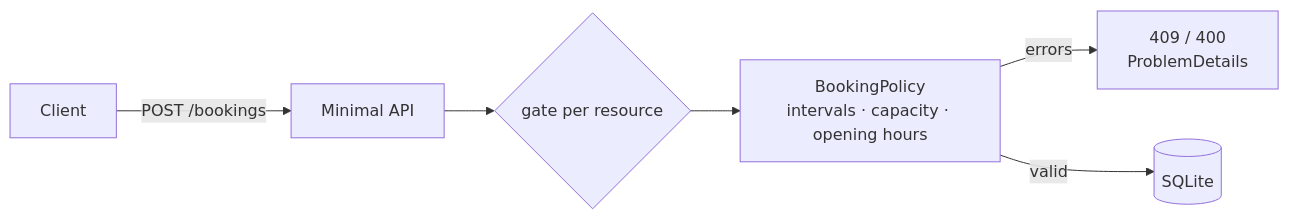
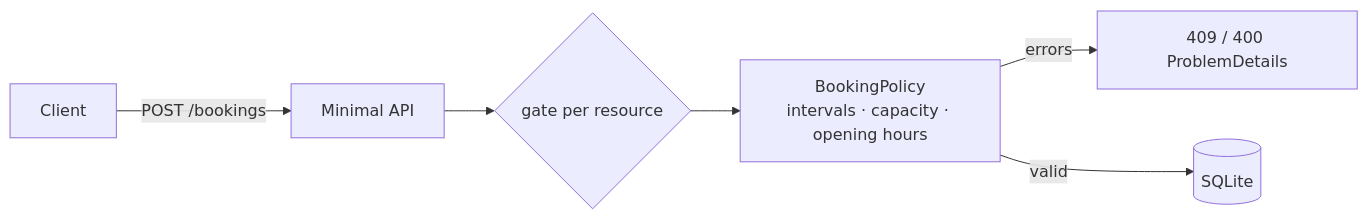
Before and after one commit to rubengagliardi87-tech/rubengagliardi87-tech: the diagram in README.md, drawn with Mermaid. The commit also changed other lines of this file, not shown here.

````diff
--- a/README.md
+++ b/README.md
@@ -32,8 +76,8 @@
 ```mermaid
 flowchart LR
     C[Client] -->|POST /bookings| A[Minimal API]
     A --> G{gate per resource}
     G --> P[BookingPolicy<br/>intervals · capacity · opening hours]
-    P -->|errors| E[409 / 400<br/>ProblemDetails]
+    P -->|errors| E[409 / 400 ProblemDetails]
     P -->|valid| D[(SQLite)]
 ```
````
